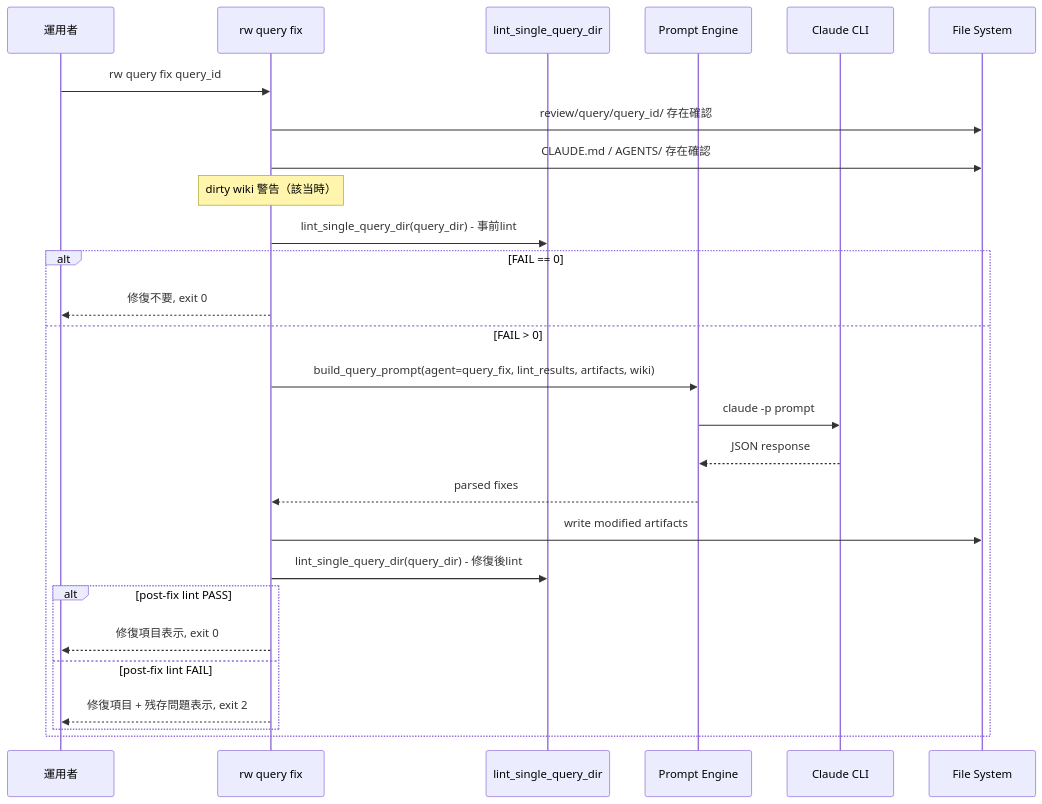
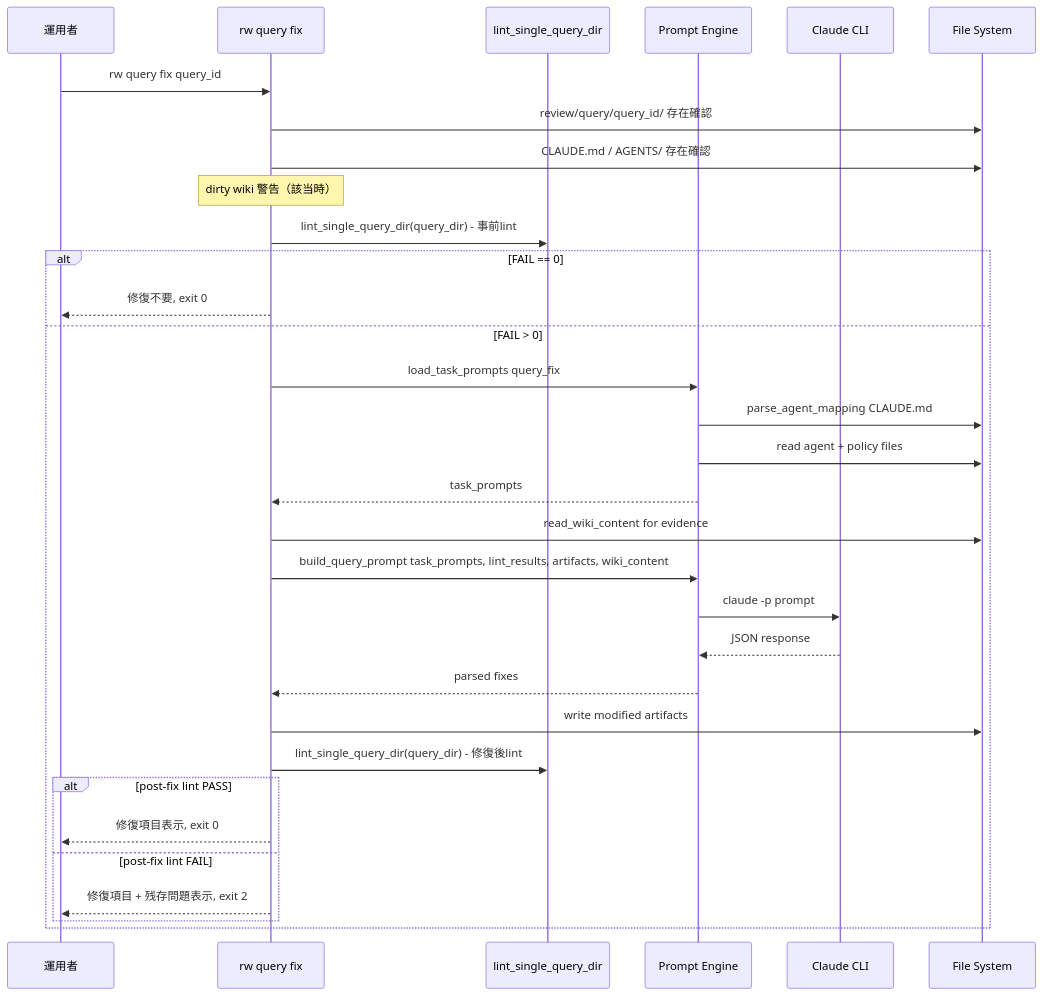
One commit to kenoogl/Rwiki-dev changed the fourth of 4 diagrams in .kiro/specs/cli-query/design.md. Above: the diagram before and after it, drawn with Mermaid. The commit also changed other lines of this file and 3 other files, not shown here.

First line of the commit message:
refactor(cli-query): 設計レビュー反映・承認

````diff
--- a/.kiro/specs/cli-query/design.md
+++ b/.kiro/specs/cli-query/design.md
@@ -223,30 +239,35 @@
 ```mermaid
 sequenceDiagram
     participant User as 運用者
     participant CLI as rw query fix
     participant Lint as lint_single_query_dir
     participant PE as Prompt Engine
     participant Claude as Claude CLI
     participant FS as File System
 
     User->>CLI: rw query fix query_id
     CLI->>FS: review/query/query_id/ 存在確認
     CLI->>FS: CLAUDE.md / AGENTS/ 存在確認
     Note over CLI: dirty wiki 警告（該当時）
     CLI->>Lint: lint_single_query_dir(query_dir) - 事前lint
     alt FAIL == 0
         CLI-->>User: 修復不要, exit 0
     else FAIL > 0
-        CLI->>PE: build_query_prompt(agent=query_fix, lint_results, artifacts, wiki)
+        CLI->>PE: load_task_prompts query_fix
+        PE->>FS: parse_agent_mapping CLAUDE.md
+        PE->>FS: read agent + policy files
+        PE-->>CLI: task_prompts
+        CLI->>FS: read_wiki_content for evidence
+        CLI->>PE: build_query_prompt task_prompts, lint_results, artifacts, wiki_content
         PE->>Claude: claude -p prompt
         Claude-->>PE: JSON response
         PE-->>CLI: parsed fixes
         CLI->>FS: write modified artifacts
         CLI->>Lint: lint_single_query_dir(query_dir) - 修復後lint
         alt post-fix lint PASS
             CLI-->>User: 修復項目表示, exit 0
         else post-fix lint FAIL
             CLI-->>User: 修復項目 + 残存問題表示, exit 2
         end
     end
 ```
````
